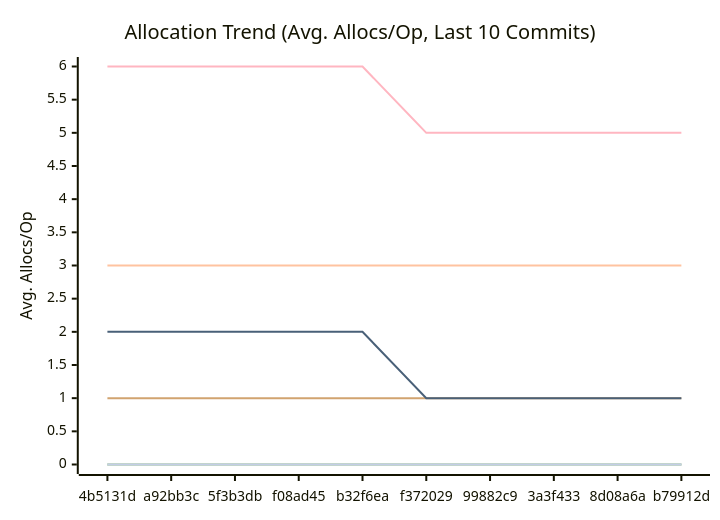
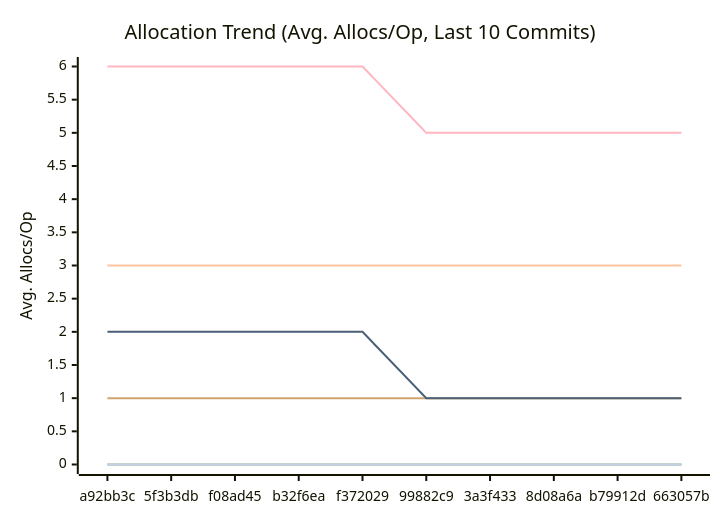
Before and after one commit to alsotoes/momo: the third of 3 diagrams in docs/PERFORMANCE.md, drawn with Mermaid. The commit also changed other lines of this file and 4 other files, not shown here.

````diff
--- a/docs/PERFORMANCE.md
+++ b/docs/PERFORMANCE.md
@@ -114,16 +114,16 @@
 ```mermaid
 xychart-beta
     title "Allocation Trend (Avg. Allocs/Op, Last 10 Commits)"
     x-axis "Commit"
     y-axis "Avg. Allocs/Op"
-    x-axis [4b5131d,a92bb3c,5f3b3db,f08ad45,b32f6ea,f372029,99882c9,3a3f433,8d08a6a,b79912d]
+    x-axis [a92bb3c,5f3b3db,f08ad45,b32f6ea,f372029,99882c9,3a3f433,8d08a6a,b79912d,663057b]
     line "CheckMetricsAndSwap" [0,0,0,0,0,0,0,0,0,0]
     line "CrushOptimized" [0,0,0,0,0,0,0,0,0,0]
     line "CrushOriginal" [3,3,3,3,3,3,3,3,3,3]
     line "IndexDirectTracking" [0,0,0,0,0,0,0,0,0,0]
     line "IndexSearch" [0,0,0,0,0,0,0,0,0,0]
     line "LoadGlobalConfig" [1,1,1,1,1,1,1,1,1,1]
     line "PadString" [0,0,0,0,0,0,0,0,0,0]
     line "ParseReplicationOrder_NoPrealloc" [6,6,6,6,6,5,5,5,5,5]
     line "ParseReplicationOrder_Prealloc" [2,2,2,2,2,1,1,1,1,1]
 ```
````
